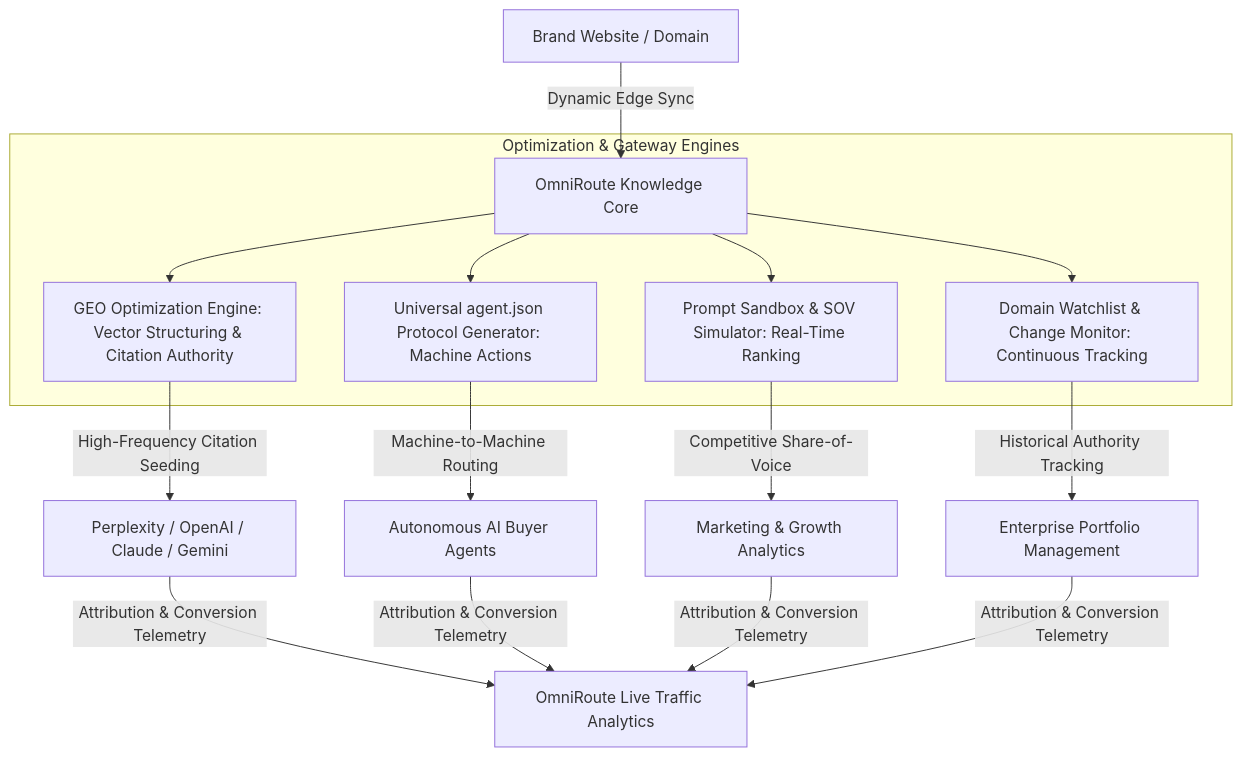
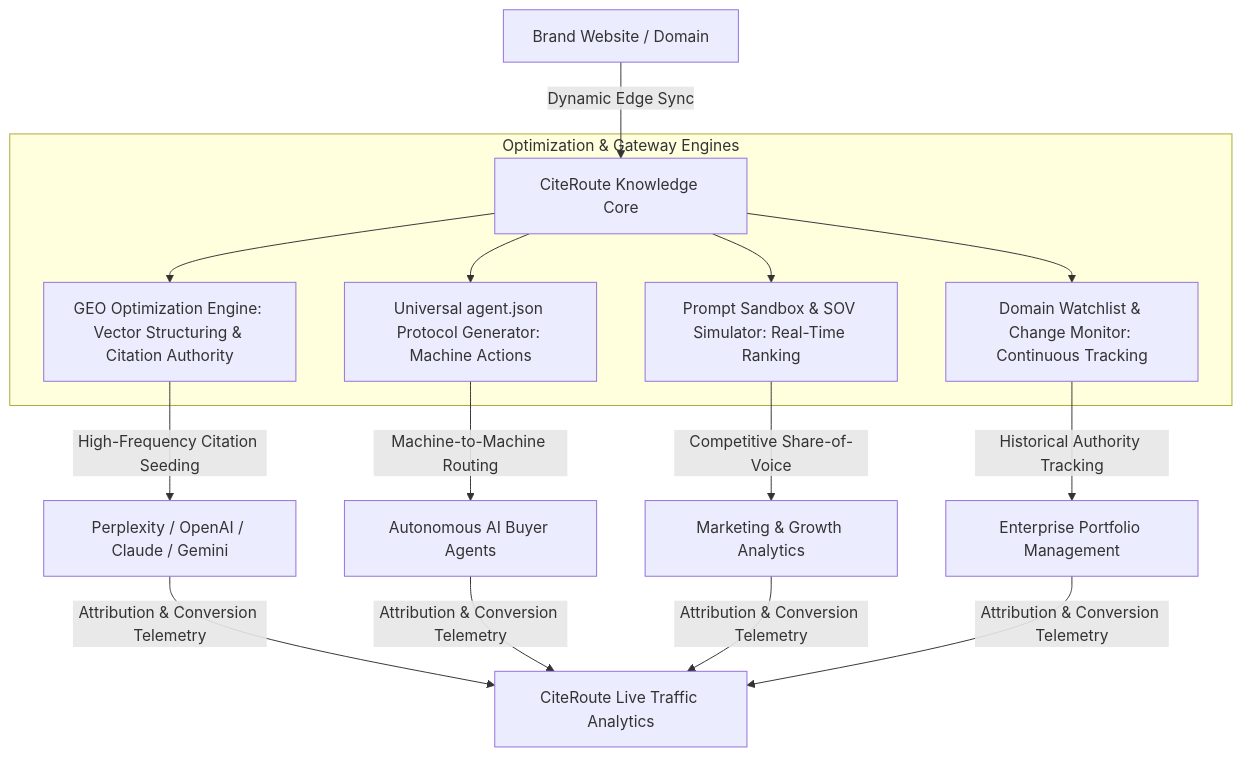
One commit to Tuyishimire-lab/omni-route changed the diagram in DOCUMENTATION.md. Above: the diagram before and after it, drawn with Mermaid. The commit also changed other lines of this file and 44 other files, not shown here.

````diff
--- a/DOCUMENTATION.md
+++ b/DOCUMENTATION.md
@@ -31,18 +31,18 @@
 ```mermaid
 flowchart TD
-    A[Brand Website / Domain] -->|Dynamic Edge Sync| B[OmniRoute Knowledge Core]
+    A[Brand Website / Domain] -->|Dynamic Edge Sync| B[CiteRoute Knowledge Core]
     
     subgraph "Optimization & Gateway Engines"
     B --> C1[GEO Optimization Engine: Vector Structuring & Citation Authority]
     B --> C2[Universal agent.json Protocol Generator: Machine Actions]
     B --> C3[Prompt Sandbox & SOV Simulator: Real-Time Ranking]
     B --> C4[Domain Watchlist & Change Monitor: Continuous Tracking]
     end
     
     C1 -->|High-Frequency Citation Seeding| D1[Perplexity / OpenAI / Claude / Gemini]
     C2 -->|Machine-to-Machine Routing| D2[Autonomous AI Buyer Agents]
     C3 -->|Competitive Share-of-Voice| D3[Marketing & Growth Analytics]
     C4 -->|Historical Authority Tracking| D4[Enterprise Portfolio Management]
     
-    D1 & D2 & D3 & D4 -->|Attribution & Conversion Telemetry| E[OmniRoute Live Traffic Analytics]
+    D1 & D2 & D3 & D4 -->|Attribution & Conversion Telemetry| E[CiteRoute Live Traffic Analytics]
 ```
````
